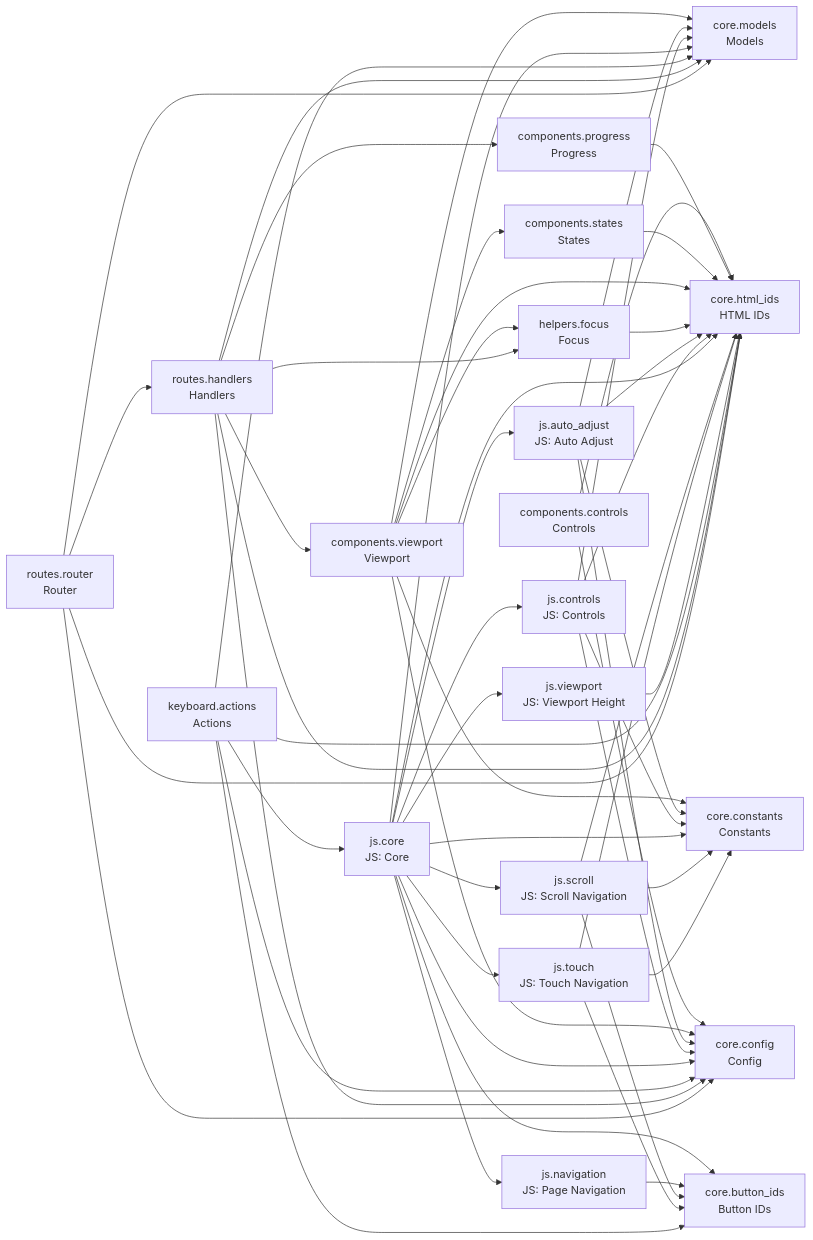
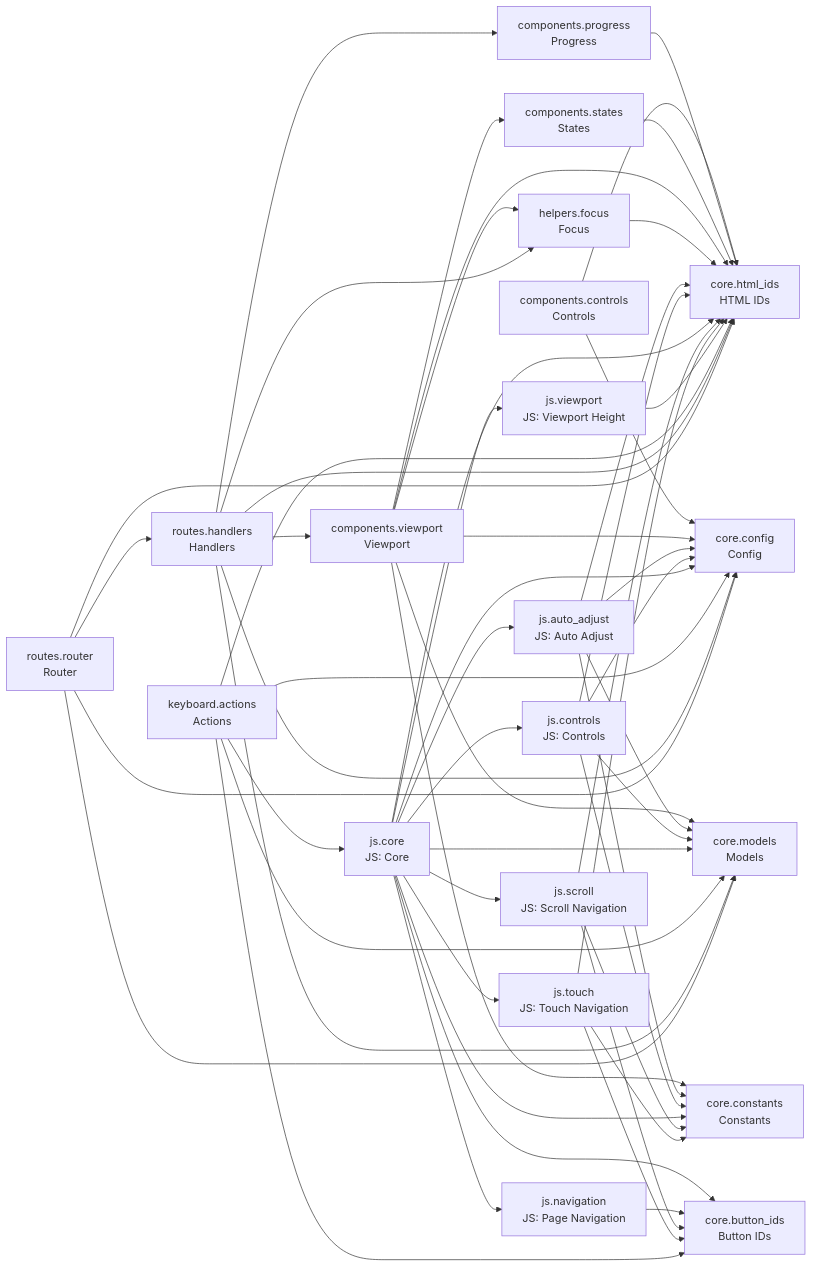
Before and after one commit to cj-mills/cjm-fasthtml-card-stack: the diagram in README.md, drawn with Mermaid. The commit also changed other lines of this file and 3 other files, not shown here.

````diff
--- a/README.md
+++ b/README.md
@@ -46,77 +46,77 @@
 ``` mermaid
 graph LR
     components_controls[components.controls<br/>Controls]
     components_progress[components.progress<br/>Progress]
     components_states[components.states<br/>States]
     components_viewport[components.viewport<br/>Viewport]
     core_button_ids[core.button_ids<br/>Button IDs]
     core_config[core.config<br/>Config]
     core_constants[core.constants<br/>Constants]
     core_html_ids[core.html_ids<br/>HTML IDs]
     core_models[core.models<br/>Models]
     helpers_focus[helpers.focus<br/>Focus]
     js_auto_adjust[js.auto_adjust<br/>JS: Auto Adjust]
     js_controls[js.controls<br/>JS: Controls]
     js_core[js.core<br/>JS: Core]
     js_navigation[js.navigation<br/>JS: Page Navigation]
     js_scroll[js.scroll<br/>JS: Scroll Navigation]
     js_touch[js.touch<br/>JS: Touch Navigation]
     js_viewport[js.viewport<br/>JS: Viewport Height]
     keyboard_actions[keyboard.actions<br/>Actions]
     routes_handlers[routes.handlers<br/>Handlers]
     routes_router[routes.router<br/>Router]
 
     components_controls --> core_config
     components_controls --> core_html_ids
     components_progress --> core_html_ids
     components_states --> core_html_ids
+    components_viewport --> helpers_focus
+    components_viewport --> core_config
     components_viewport --> core_models
-    components_viewport --> helpers_focus
+    components_viewport --> core_html_ids
     components_viewport --> core_constants
-    components_viewport --> core_config
     components_viewport --> components_states
-    components_viewport --> core_html_ids
     helpers_focus --> core_html_ids
+    js_auto_adjust --> core_models
+    js_auto_adjust --> core_config
     js_auto_adjust --> core_constants
-    js_auto_adjust --> core_config
-    js_auto_adjust --> core_models
     js_auto_adjust --> core_html_ids
     js_controls --> core_constants
+    js_controls --> core_models
     js_controls --> core_config
-    js_controls --> core_models
     js_controls --> core_html_ids
     js_core --> core_constants
     js_core --> js_controls
-    js_core --> core_models
+    js_core --> js_touch
     js_core --> core_button_ids
-    js_core --> js_touch
     js_core --> js_viewport
     js_core --> js_scroll
     js_core --> core_config
+    js_core --> core_models
+    js_core --> core_html_ids
+    js_core --> js_auto_adjust
     js_core --> js_navigation
-    js_core --> js_auto_adjust
-    js_core --> core_html_ids
     js_navigation --> core_button_ids
+    js_scroll --> core_constants
     js_scroll --> core_button_ids
-    js_scroll --> core_constants
     js_scroll --> core_html_ids
+    js_touch --> core_constants
     js_touch --> core_button_ids
-    js_touch --> core_constants
     js_touch --> core_html_ids
     js_viewport --> core_html_ids
+    keyboard_actions --> js_core
     keyboard_actions --> core_button_ids
+    keyboard_actions --> core_config
     keyboard_actions --> core_models
-    keyboard_actions --> js_core
-    keyboard_actions --> core_config
     keyboard_actions --> core_html_ids
+    routes_handlers --> components_progress
+    routes_handlers --> core_config
+    routes_handlers --> components_viewport
     routes_handlers --> core_models
-    routes_handlers --> components_progress
-    routes_handlers --> components_viewport
     routes_handlers --> helpers_focus
-    routes_handlers --> core_config
     routes_handlers --> core_html_ids
     routes_router --> routes_handlers
+    routes_router --> core_config
     routes_router --> core_models
-    routes_router --> core_config
     routes_router --> core_html_ids
 ```
````
